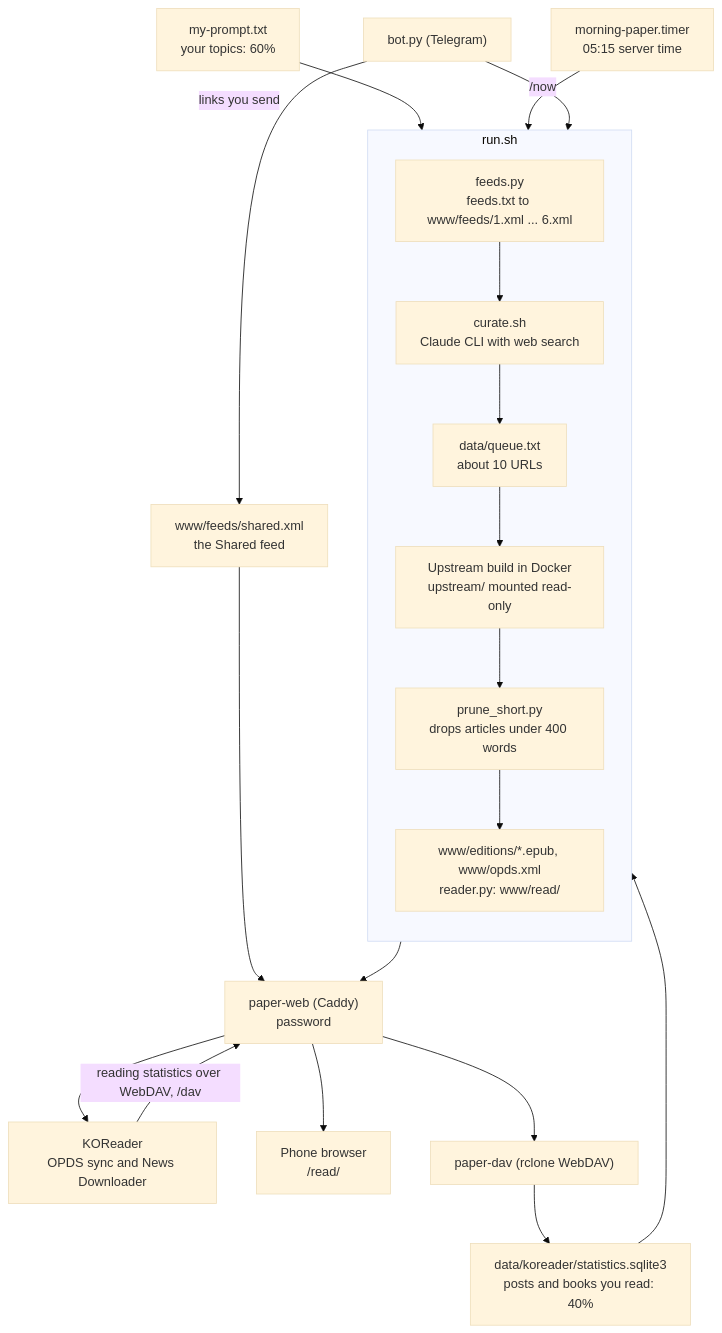
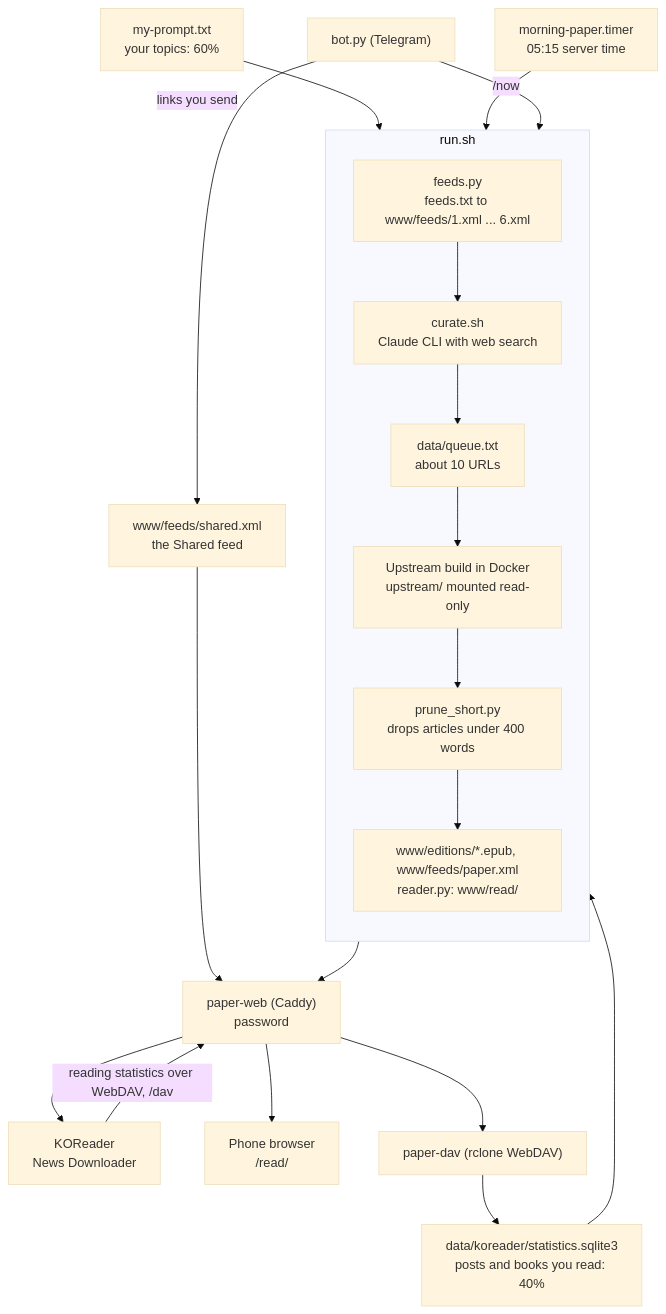
Before and after one commit to haziqhilmismail/morning-paper: the first of 2 diagrams in README.md, drawn with Mermaid (base theme). The commit also changed other lines of this file and 4 other files, not shown here.

First line of the commit message:
Remove the OPDS catalog: News Downloader gets the paper

````diff
--- a/README.md
+++ b/README.md
@@ -15,27 +15,27 @@
 ```mermaid
 flowchart TD
 	timer["morning-paper.timer<br/>05:15 server time"] --> run
 	bot["bot.py (Telegram)"] -- "/now" --> run
 	bot -- "links you send" --> shared["www/feeds/shared.xml<br/>the Shared feed"]
 
 	subgraph run["run.sh"]
 		direction TB
 		feedspy["feeds.py<br/>feeds.txt to www/feeds/1.xml ... 6.xml"]
 		curate["curate.sh<br/>Claude CLI with web search"]
 		queue["data/queue.txt<br/>about 10 URLs"]
 		build["Upstream build in Docker<br/>upstream/ mounted read-only"]
 		prune["prune_short.py<br/>drops articles under 400 words"]
-		publish["www/editions/*.epub, www/opds.xml<br/>reader.py: www/read/"]
+		publish["www/editions/*.epub, www/feeds/paper.xml<br/>reader.py: www/read/"]
 		feedspy --> curate --> queue --> build --> prune --> publish
 	end
 
 	prompt["my-prompt.txt<br/>your topics: 60%"] --> curate
 	stats["data/koreader/statistics.sqlite3<br/>posts and books you read: 40%"] --> curate
 	shared --> web
 
 	publish --> web["paper-web (Caddy)<br/>password"]
-	web --> koreader["KOReader<br/>OPDS sync and News Downloader"]
+	web --> koreader["KOReader<br/>News Downloader"]
 	web --> phone["Phone browser<br/>/read/"]
 	koreader -- "reading statistics over WebDAV, /dav" --> web
 	web --> dav["paper-dav (rclone WebDAV)"] --> stats
 ```
````
